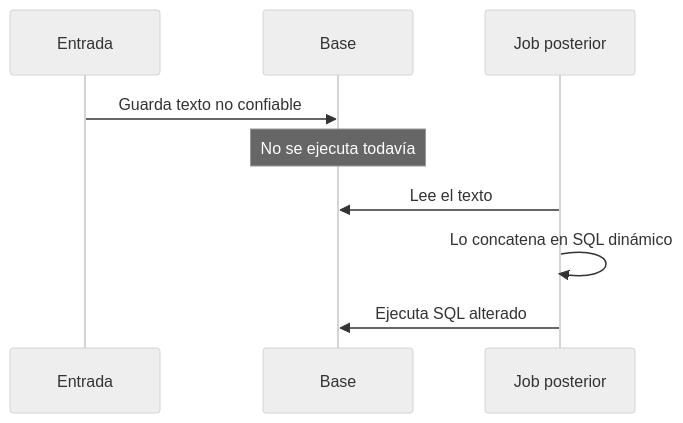
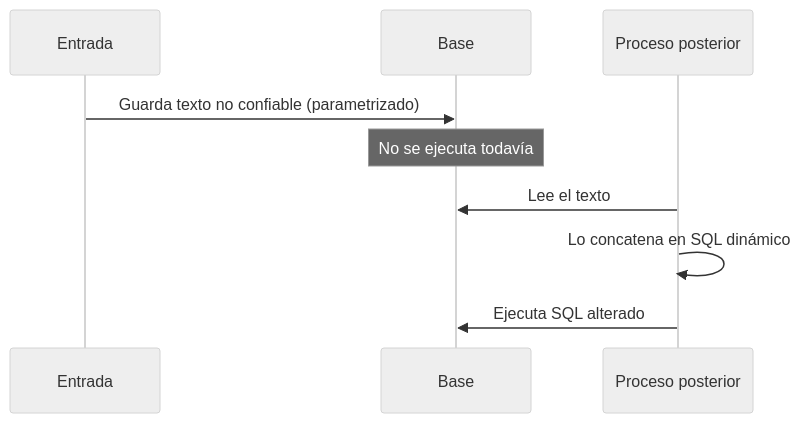
The third of 3 diagrams in src/content/docs/bbdd-aplicadas/unidad-5/teoria/inyeccion-sql.md (unlam-informatica/unlam-informatica.github.io), drawn with Mermaid (neutral theme) before and after one commit. The commit also changed other lines of this file and 100 other files, not shown here.

````diff
--- a/src/content/docs/bbdd-aplicadas/unidad-5/teoria/inyeccion-sql.md
+++ b/src/content/docs/bbdd-aplicadas/unidad-5/teoria/inyeccion-sql.md
@@ -157,11 +188,11 @@
 ```mermaid
 sequenceDiagram
     participant U as Entrada
     participant DB as Base
-    participant J as Job posterior
-    U->>DB: Guarda texto no confiable
+    participant J as Proceso posterior
+    U->>DB: Guarda texto no confiable (parametrizado)
     Note over DB: No se ejecuta todavía
     J->>DB: Lee el texto
     J->>J: Lo concatena en SQL dinámico
     J->>DB: Ejecuta SQL alterado
 ```
````
